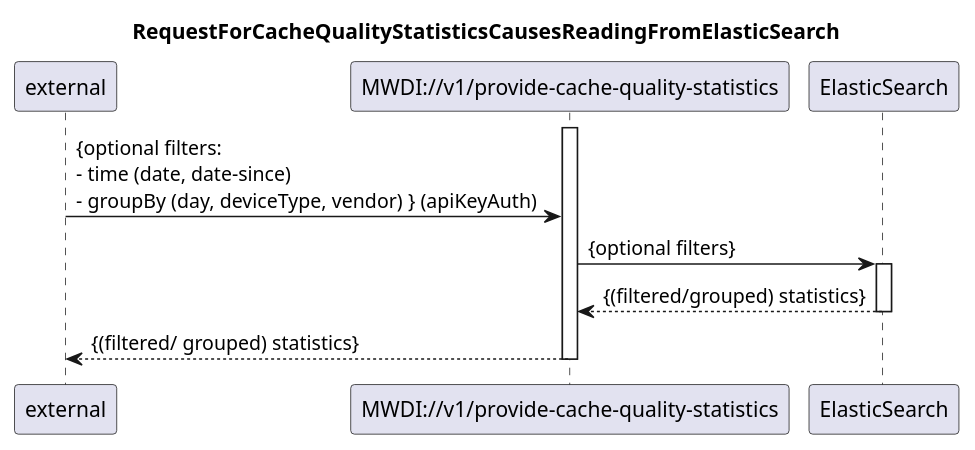
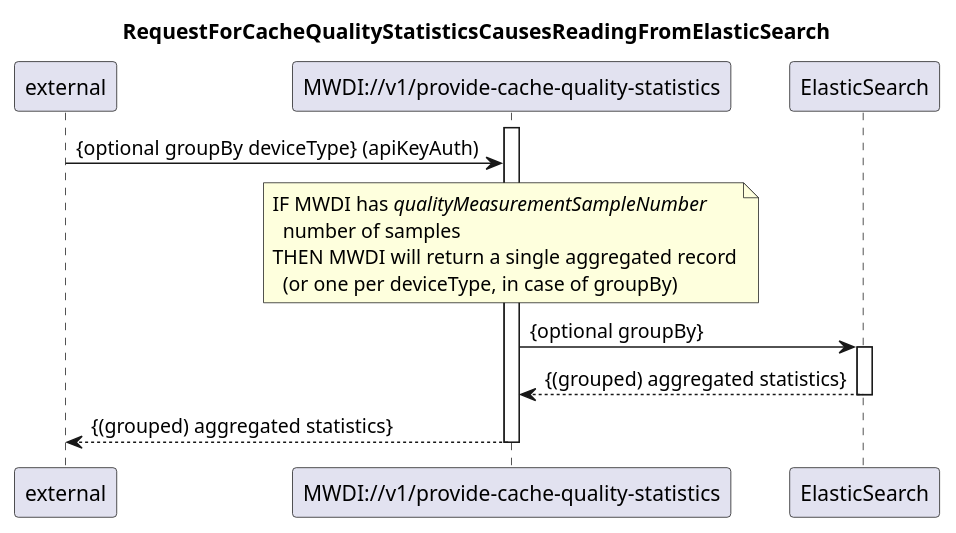
Before and after one commit to openBackhaul/MicroWaveDeviceInventory: the diagram in spec/diagrams/109_ProvideCacheQualityStatistics.plantuml, drawn with PlantUML. The commit also changed 2 other files, not shown here.

Commit message:
[Refine-QM]: Refine /v1/provide-cache-quality-statistics Fixes #1276

```diff
--- a/spec/diagrams/109_ProvideCacheQualityStatistics.plantuml
+++ b/spec/diagrams/109_ProvideCacheQualityStatistics.plantuml
@@ -1,24 +1,30 @@
 @startuml 109_ProvideCacheQualityStatistics
 
 skinparam responseMessageBelowArrow true
 title RequestForCacheQualityStatisticsCausesReadingFromElasticSearch
 
 participant "external" as requestor
 participant "MWDI://v1/provide-cache-quality-statistics" as mwdi
 participant "ElasticSearch" as elastic
 
 
-'POST /v1/provide-cache-quality-statistics\nRequest body with filters:\n- deviceId\n- vendor\n- deviceType\n- since\n- groupBy
 activate mwdi
-requestor -> mwdi : {optional filters: \n- time (date, date-since) \n- groupBy (day, deviceType, vendor) } (apiKeyAuth)
+requestor -> mwdi : {optional groupBy deviceType} (apiKeyAuth)
 
-mwdi -> elastic : {optional filters}
+note over mwdi
+  IF MWDI has <i>qualityMeasurementSampleNumber</i>
+    number of samples
+  THEN MWDI will return a single aggregated record
+    (or one per deviceType, in case of groupBy)
+end note
+
+mwdi -> elastic : {optional groupBy}
 activate elastic
-elastic --> mwdi : {(filtered/grouped) statistics}
+elastic --> mwdi : {(grouped) aggregated statistics}
 deactivate elastic
 
 
-mwdi --> requestor : {(filtered/ grouped) statistics}
+mwdi --> requestor : {(grouped) aggregated statistics}
 deactivate mwdi
 
 @enduml
```
